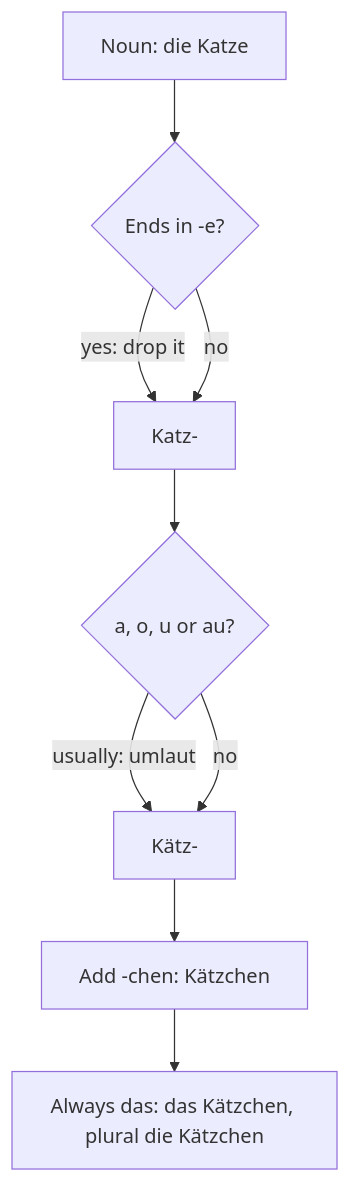
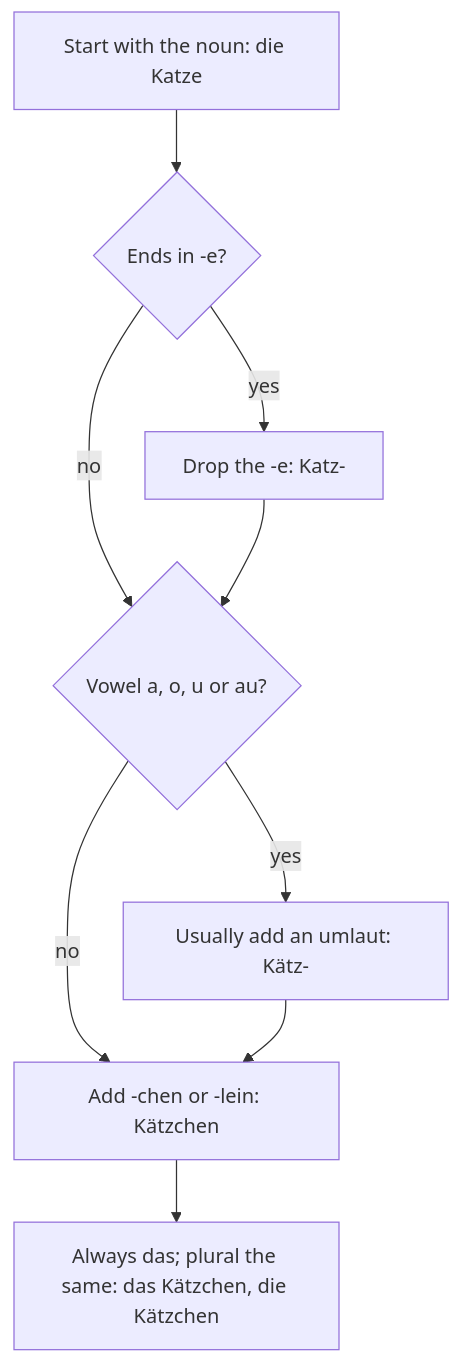
Before and after one commit to Aziliz/erudior: the diagram in content/languages/german-a1/lessons/93-gemuetlich.md, drawn with Mermaid. The commit also changed other lines of this file and 4 other files, not shown here.

````diff
--- a/content/languages/german-a1/lessons/93-gemuetlich.md
+++ b/content/languages/german-a1/lessons/93-gemuetlich.md
@@ -88,13 +88,13 @@
 ```mermaid
 flowchart TD
   accTitle: How to make a diminutive
-  accDescr: Start with the noun. If it ends in -e, drop the -e. If the stressed vowel is a, o, u or au, it usually takes an umlaut. Then add -chen, or -lein in older or southern German. The new word is always neuter, das, and its plural looks the same as the singular.
-  A["Noun: die Katze"] --> B{"Ends in -e?"}
-  B -- "yes: drop it" --> C["Katz-"]
-  B -- no --> C
-  C --> D{"a, o, u or au?"}
-  D -- "usually: umlaut" --> E["Kätz-"]
-  D -- no --> E
-  E --> F["Add -chen: Kätzchen"]
-  F --> G["Always das: das Kätzchen, plural die Kätzchen"]
+  accDescr: Start with the noun, for example die Katze. If it ends in -e, drop the -e, giving Katz-. If its vowel is a, o, u or au, it usually takes an umlaut, giving Kätz-. Then add -chen, or -lein, giving Kätzchen. The new word is always neuter, das, and its plural looks the same: das Kätzchen, die Kätzchen.
+  A["Start with the noun: die Katze"] --> B{"Ends in -e?"}
+  B -- yes --> C["Drop the -e: Katz-"]
+  B -- no --> D{"Vowel a, o, u or au?"}
+  C --> D
+  D -- yes --> E["Usually add an umlaut: Kätz-"]
+  D -- no --> F["Add -chen or -lein: Kätzchen"]
+  E --> F
+  F --> G["Always das; plural the same: das Kätzchen, die Kätzchen"]
 ```
````
